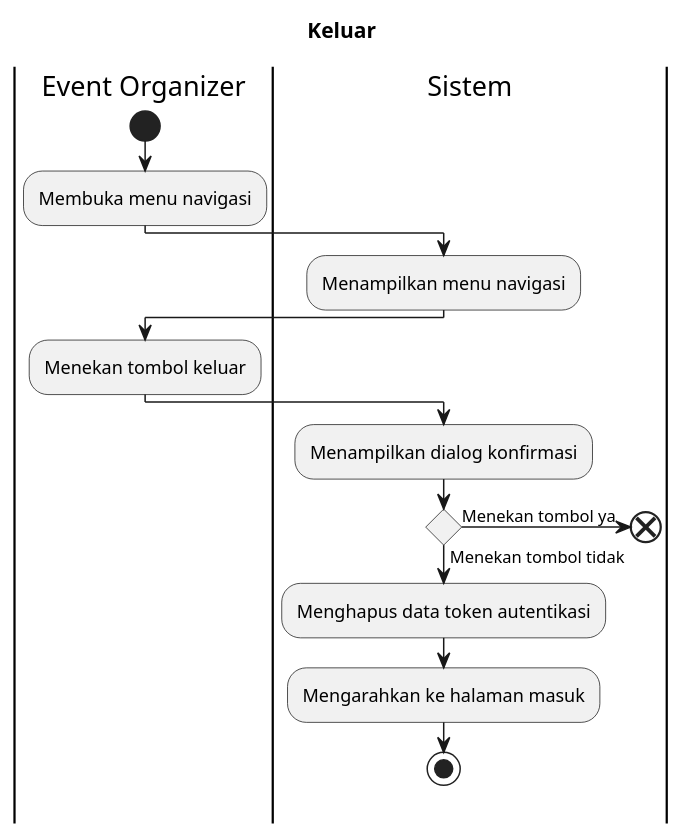
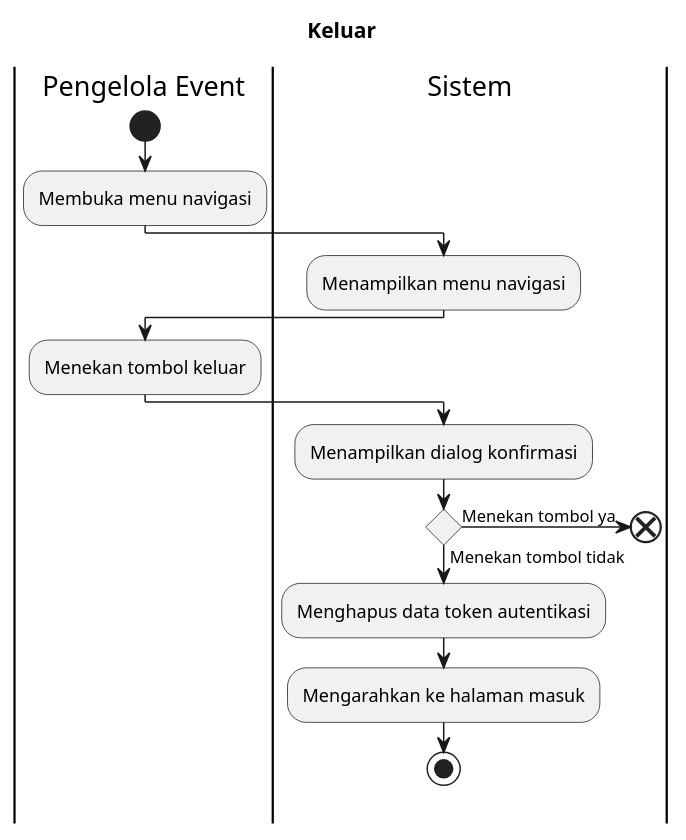
The diagram in Activity Diagram/activity_diagram_keluar.wsd (irfanfarras10/myevent-diagram), drawn with PlantUML before and after one commit. The commit also changed 2 other files, not shown here.

Commit message:
uml(activity diagram): fixup swimlane name

```diff
--- a/Activity Diagram/activity_diagram_keluar.wsd
+++ b/Activity Diagram/activity_diagram_keluar.wsd
@@ -1,21 +1,21 @@
 @startuml "activity_diagram_keluar"
 
 title "Keluar"
 
-|Event Organizer|
+|Pengelola Event|
     start
     :Membuka menu navigasi;
 |Sistem|
     :Menampilkan menu navigasi;
-|Event Organizer|
+|Pengelola Event|
     :Menekan tombol keluar;
 |Sistem|
     :Menampilkan dialog konfirmasi;
     if () then (Menekan tombol ya)
         end 
     else (Menekan tombol tidak)
         :Menghapus data token autentikasi;
         :Mengarahkan ke halaman masuk;
         stop
 
 @enduml
```
